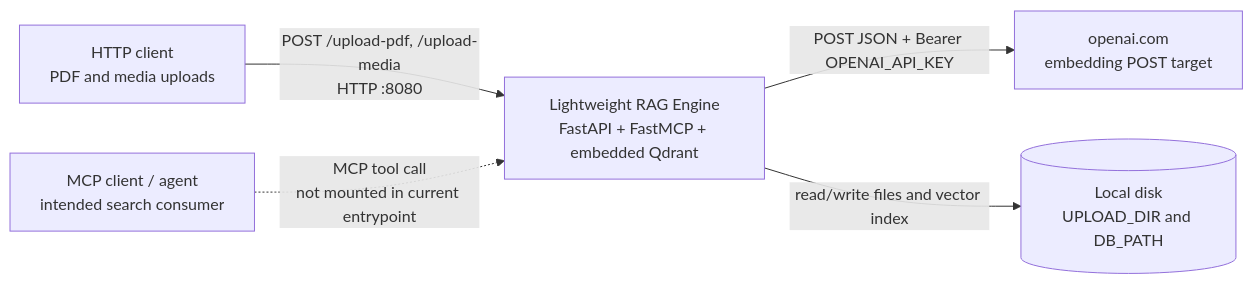
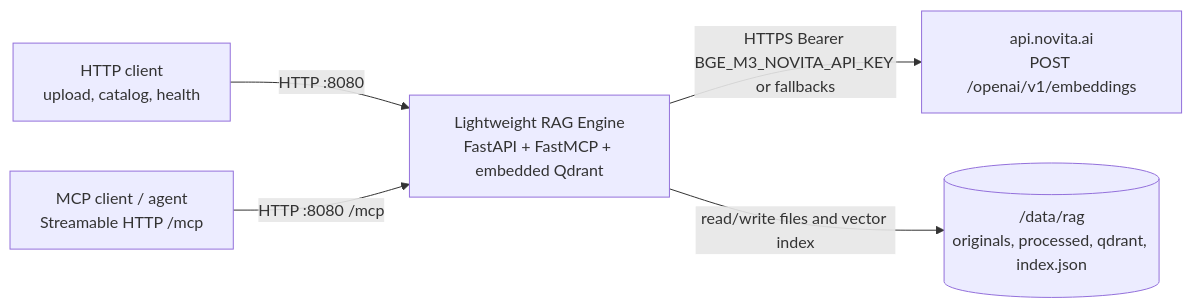
The first of 4 diagrams in docs/ARCHITECTURE.md (mkrejp/fastmcp-rag-timer), drawn with Mermaid before and after one commit. The commit also changed other lines of this file and 7 other files, not shown here.

First line of the commit message:
Rewrite architecture docs to match the current Novita RAG stack.

````diff
--- a/docs/ARCHITECTURE.md
+++ b/docs/ARCHITECTURE.md
@@ -21,13 +22,13 @@
 ```mermaid
 flowchart LR
-  httpClient["HTTP client<br/>PDF and media uploads"]
-  mcpClient["MCP client / agent<br/>intended search consumer"]
+  httpClient["HTTP client<br/>upload, catalog, health"]
+  mcpClient["MCP client / agent<br/>Streamable HTTP /mcp"]
   this["Lightweight RAG Engine<br/>FastAPI + FastMCP + embedded Qdrant"]
-  openai["openai.com<br/>embedding POST target"]
-  disk[("Local disk<br/>UPLOAD_DIR and DB_PATH")]
+  novita["api.novita.ai<br/>POST /openai/v1/embeddings"]
+  disk[("/data/rag<br/>originals, processed, qdrant, index.json")]
 
-  httpClient -->|"POST /upload-pdf, /upload-media<br/>HTTP :8080"| this
-  mcpClient -.->|"MCP tool call<br/>not mounted in current entrypoint"| this
-  this -->|"POST JSON + Bearer OPENAI_API_KEY"| openai
+  httpClient -->|"HTTP :8080"| this
+  mcpClient -->|"HTTP :8080 /mcp"| this
+  this -->|"HTTPS Bearer BGE_M3_NOVITA_API_KEY or fallbacks"| novita
   this -->|"read/write files and vector index"| disk
 ```
````
